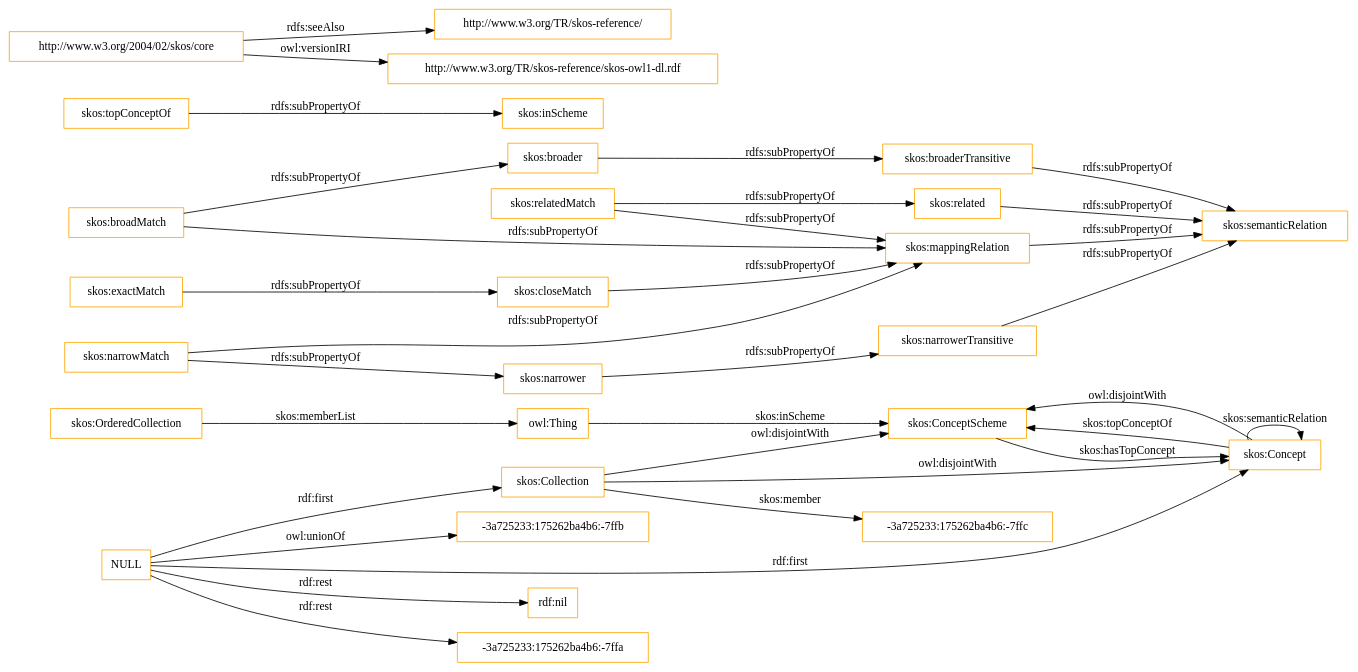
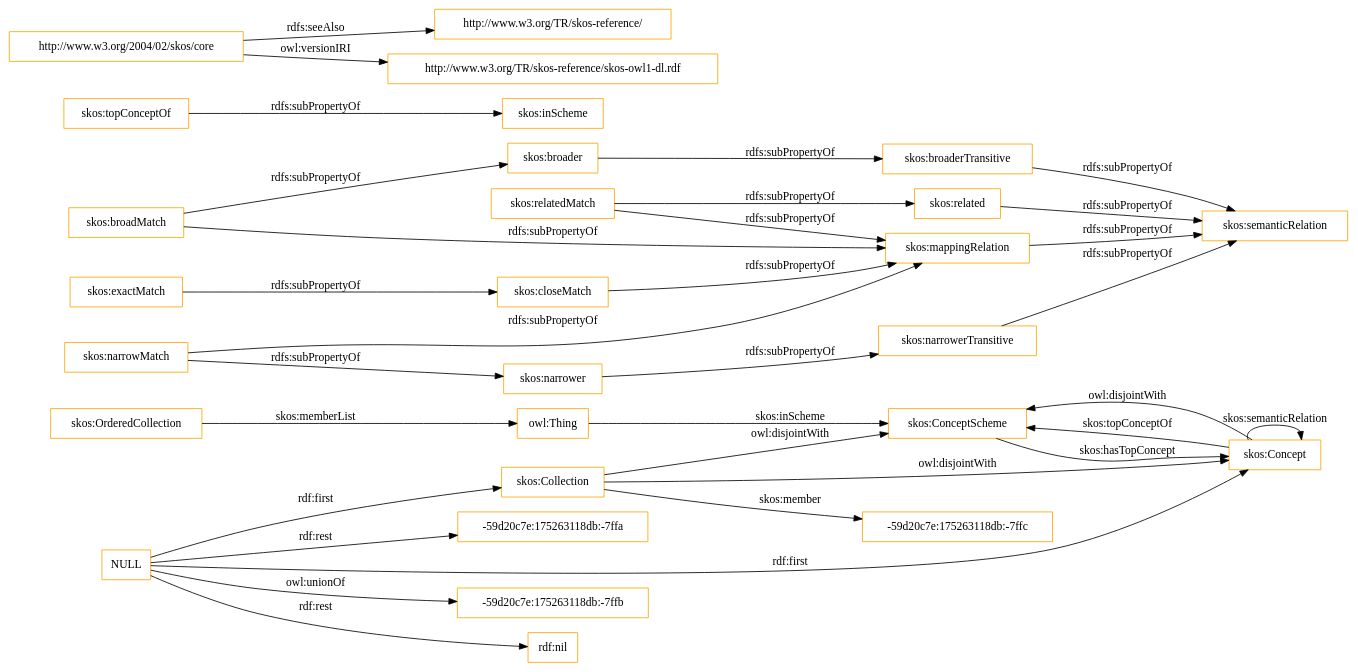
One commit to OnToologyUser/core-ontology-1 changed the diagram in OnToology/imports/skos.owl/diagrams/ar2dtool-class/skos.owl.png.dot. Above: the diagram before and after it, drawn with Graphviz. The commit also changed 14 other files, not shown here.

```diff
--- a/OnToology/imports/skos.owl/diagrams/ar2dtool-class/skos.owl.png.dot
+++ b/OnToology/imports/skos.owl/diagrams/ar2dtool-class/skos.owl.png.dot
@@ -1,37 +1,37 @@
 digraph ar2dtool_diagram { 
 rankdir=LR;
 size="1501"
-node [shape = rectangle, color="orange"]; "skos:OrderedCollection" "skos:ConceptScheme" "skos:Concept" "skos:Collection" "-3a725233:175262ba4b6:-7ffc" ; /*classes style*/
+node [shape = rectangle, color="orange"]; "skos:OrderedCollection" "skos:ConceptScheme" "skos:Concept" "skos:Collection" "-59d20c7e:175263118db:-7ffc" ; /*classes style*/
 	"skos:narrowerTransitive" -> "skos:semanticRelation" [ label = "rdfs:subPropertyOf" ];
+	"NULL" -> "-59d20c7e:175263118db:-7ffb" [ label = "owl:unionOf" ];
 	"NULL" -> "rdf:nil" [ label = "rdf:rest" ];
 	"NULL" -> "skos:Concept" [ label = "rdf:first" ];
-	"NULL" -> "-3a725233:175262ba4b6:-7ffa" [ label = "rdf:rest" ];
+	"NULL" -> "-59d20c7e:175263118db:-7ffa" [ label = "rdf:rest" ];
 	"NULL" -> "skos:Collection" [ label = "rdf:first" ];
-	"NULL" -> "-3a725233:175262ba4b6:-7ffb" [ label = "owl:unionOf" ];
 	"skos:closeMatch" -> "skos:mappingRelation" [ label = "rdfs:subPropertyOf" ];
 	"skos:Concept" -> "skos:ConceptScheme" [ label = "owl:disjointWith" ];
 	"skos:relatedMatch" -> "skos:related" [ label = "rdfs:subPropertyOf" ];
 	"skos:relatedMatch" -> "skos:mappingRelation" [ label = "rdfs:subPropertyOf" ];
 	"skos:related" -> "skos:semanticRelation" [ label = "rdfs:subPropertyOf" ];
 	"skos:topConceptOf" -> "skos:inScheme" [ label = "rdfs:subPropertyOf" ];
 	"skos:broadMatch" -> "skos:mappingRelation" [ label = "rdfs:subPropertyOf" ];
 	"skos:broadMatch" -> "skos:broader" [ label = "rdfs:subPropertyOf" ];
 	"skos:exactMatch" -> "skos:closeMatch" [ label = "rdfs:subPropertyOf" ];
 	"skos:broaderTransitive" -> "skos:semanticRelation" [ label = "rdfs:subPropertyOf" ];
 	"skos:broader" -> "skos:broaderTransitive" [ label = "rdfs:subPropertyOf" ];
 	"skos:mappingRelation" -> "skos:semanticRelation" [ label = "rdfs:subPropertyOf" ];
 	"http://www.w3.org/2004/02/skos/core" -> "http://www.w3.org/TR/skos-reference/" [ label = "rdfs:seeAlso" ];
 	"http://www.w3.org/2004/02/skos/core" -> "http://www.w3.org/TR/skos-reference/skos-owl1-dl.rdf" [ label = "owl:versionIRI" ];
 	"skos:Collection" -> "skos:ConceptScheme" [ label = "owl:disjointWith" ];
 	"skos:Collection" -> "skos:Concept" [ label = "owl:disjointWith" ];
 	"skos:narrower" -> "skos:narrowerTransitive" [ label = "rdfs:subPropertyOf" ];
 	"skos:narrowMatch" -> "skos:narrower" [ label = "rdfs:subPropertyOf" ];
 	"skos:narrowMatch" -> "skos:mappingRelation" [ label = "rdfs:subPropertyOf" ];
 	"skos:OrderedCollection" -> "owl:Thing" [ label = "skos:memberList" ];
 	"skos:Concept" -> "skos:ConceptScheme" [ label = "skos:topConceptOf" ];
 	"skos:Concept" -> "skos:Concept" [ label = "skos:semanticRelation" ];
-	"skos:Collection" -> "-3a725233:175262ba4b6:-7ffc" [ label = "skos:member" ];
+	"skos:Collection" -> "-59d20c7e:175263118db:-7ffc" [ label = "skos:member" ];
 	"skos:ConceptScheme" -> "skos:Concept" [ label = "skos:hasTopConcept" ];
 	"owl:Thing" -> "skos:ConceptScheme" [ label = "skos:inScheme" ];
 
 }
```
